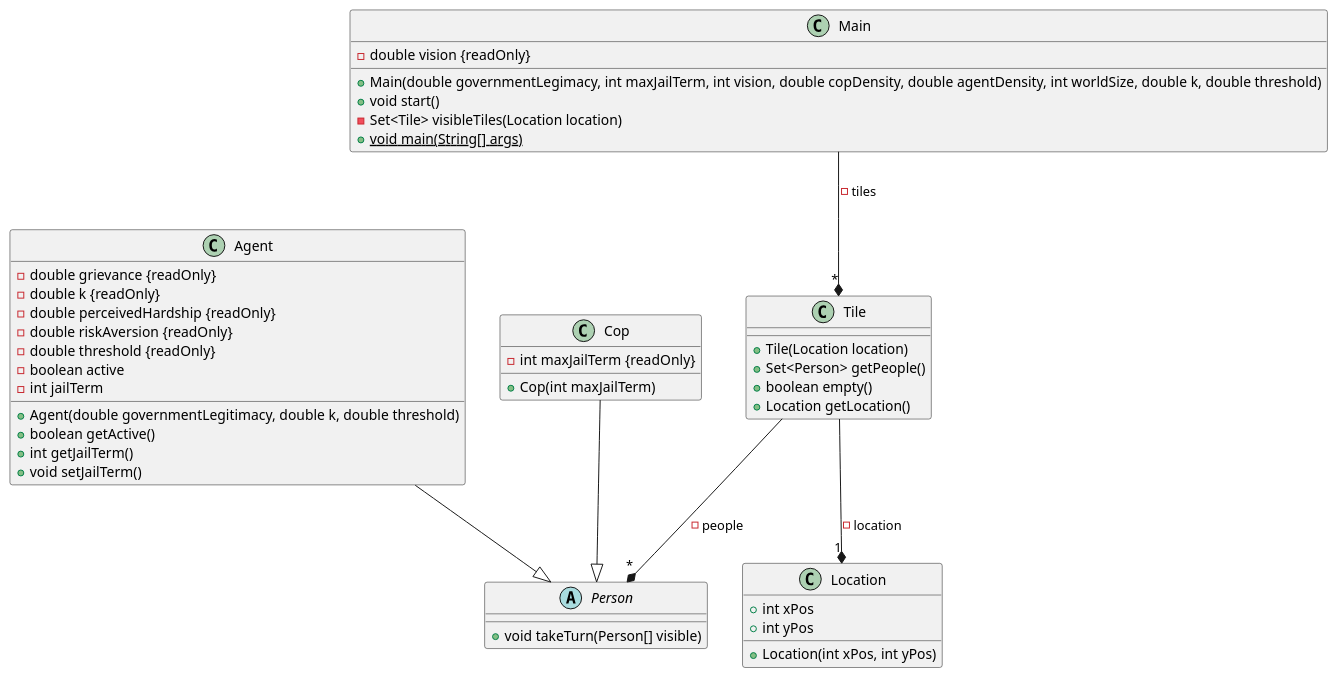
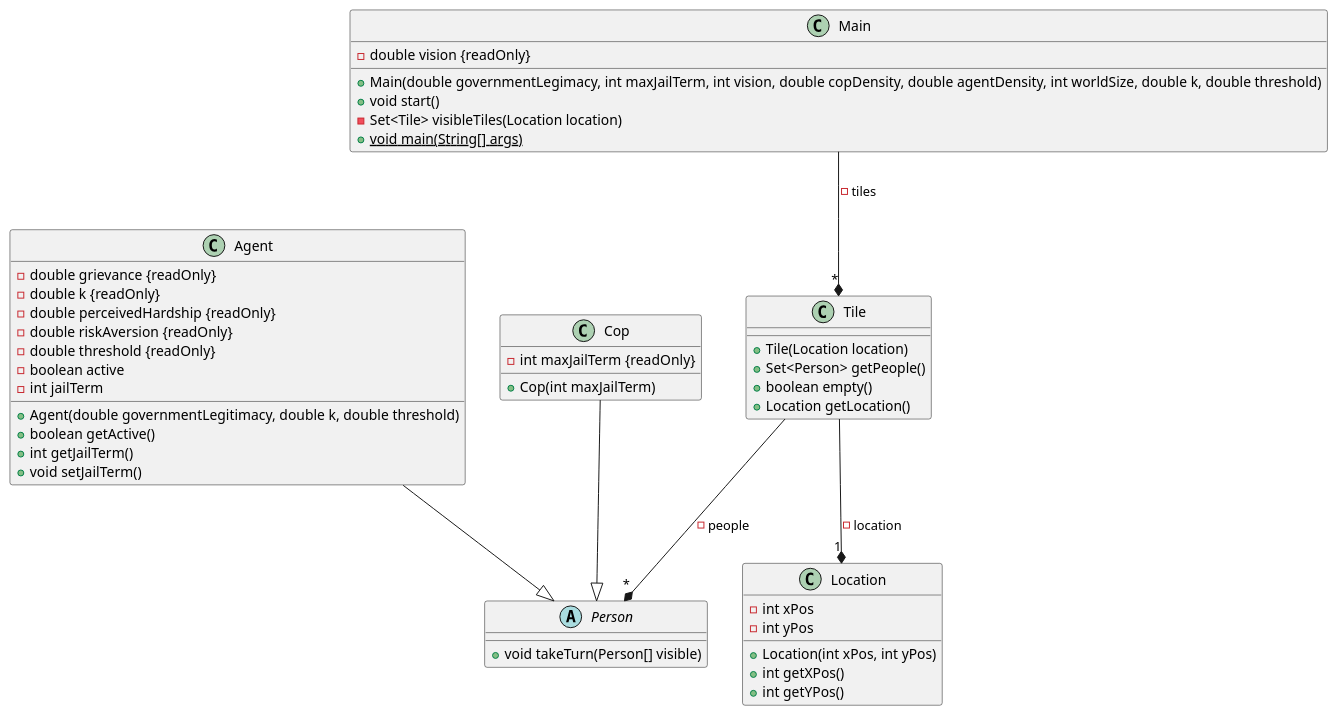
The diagram in docs/classes.puml (jofrancis1997/rebellion), drawn with PlantUML before and after one commit. The commit also changed 1 other file, not shown here.

Commit message:
chore: update class diagram

```diff
--- a/docs/classes.puml
+++ b/docs/classes.puml
@@ -1,54 +1,56 @@
 @startuml Rebellion
 
 class Agent {
     - double grievance {readOnly}
     - double k {readOnly}
     - double perceivedHardship {readOnly}
     - double riskAversion {readOnly}
     - double threshold {readOnly}
     - boolean active
     - int jailTerm
     + Agent(double governmentLegitimacy, double k, double threshold)
     + boolean getActive()
     + int getJailTerm()
     + void setJailTerm()
 }
 
 class Cop {
     - int maxJailTerm {readOnly}
     + Cop(int maxJailTerm)
 }
 
 class Location {
-    + int xPos
-    + int yPos
+    - int xPos
+    - int yPos
     + Location(int xPos, int yPos)
+    + int getXPos()
+    + int getYPos()
 }
 
 class Main {
     - double vision {readOnly}
     + Main(double governmentLegimacy, int maxJailTerm, int vision, double copDensity, double agentDensity, int worldSize, double k, double threshold)
     + void start()
     - Set<Tile> visibleTiles(Location location)
     + void main(String[] args) {static}
 }
 
 abstract class Person {
     + void takeTurn(Person[] visible)
 }
 
 class Tile {
     + Tile(Location location)
     + Set<Person> getPeople()
     + boolean empty()
     + Location getLocation()
 }
 
 
 Main --* "*" Tile : - tiles
 Agent --|> Person
 Cop --|> Person
 Tile --* "*" Person : - people
 Tile --* "1" Location : - location
 
 @enduml
```
